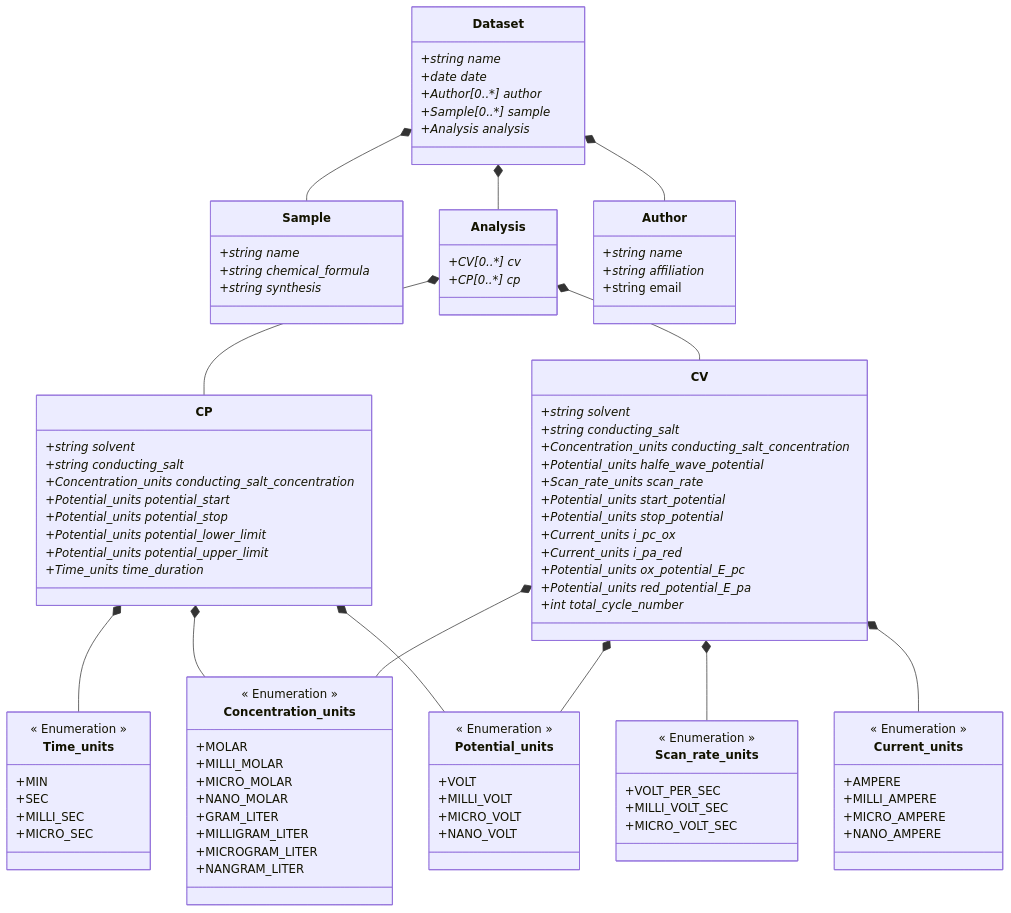
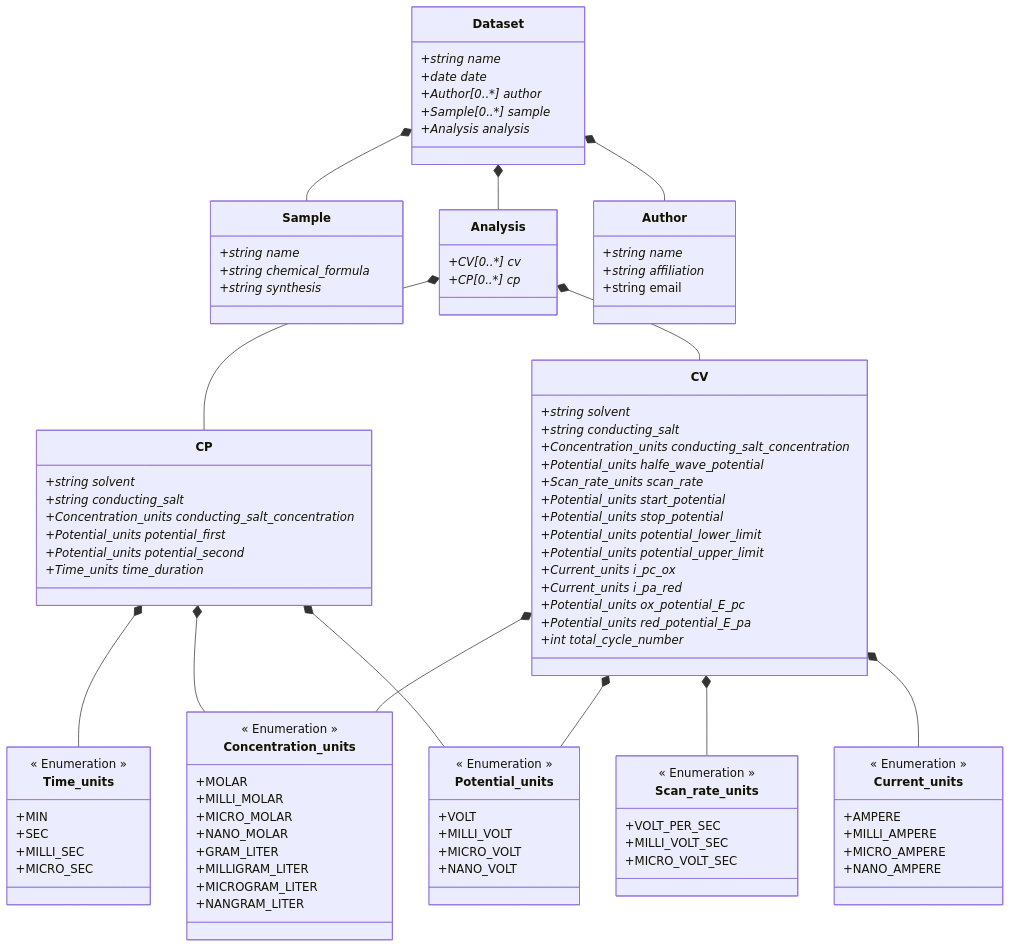
Before and after one commit to FAIRChemistry/datamodel-electrochemistry: the diagram in ElectrochemistryDataModel/schemes/electrochemistrydatamodel_schema.md, drawn with Mermaid. The commit also changed 7 other files, not shown here.

```diff
--- a/ElectrochemistryDataModel/schemes/electrochemistrydatamodel_schema.md
+++ b/ElectrochemistryDataModel/schemes/electrochemistrydatamodel_schema.md
@@ -36,10 +36,8 @@
         +string solvent*
         +string conducting_salt*
         +Concentration_units conducting_salt_concentration*
-        +Potential_units potential_start*
-        +Potential_units potential_stop*
-        +Potential_units potential_lower_limit*
-        +Potential_units potential_upper_limit*
+        +Potential_units potential_first*
+        +Potential_units potential_second*
         +Time_units time_duration*
     }
     
@@ -51,6 +49,8 @@
         +Scan_rate_units scan_rate*
         +Potential_units start_potential*
         +Potential_units stop_potential*
+        +Potential_units potential_lower_limit*
+        +Potential_units potential_upper_limit*
         +Current_units i_pc_ox*
         +Current_units i_pa_red*
         +Potential_units ox_potential_E_pc*
```
